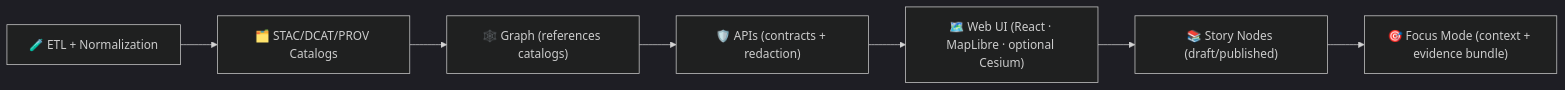
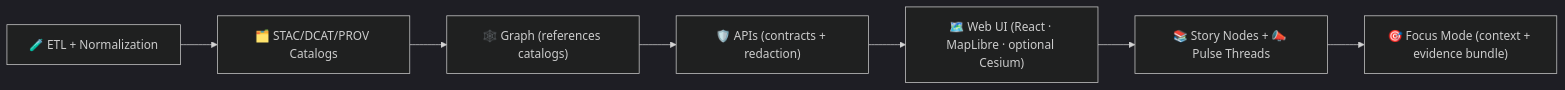
The first of 4 diagrams in pipelines/README.md (bartytime4life/Kansas-Frontier-Matrix), drawn with Mermaid (dark theme) before and after one commit. The commit also changed other lines of this file, not shown here.

````diff
--- a/pipelines/README.md
+++ b/pipelines/README.md
@@ -198,9 +228,9 @@
 ```mermaid
 flowchart LR
   A["🧪 ETL + Normalization"] --> B["🗂️ STAC/DCAT/PROV Catalogs"]
   B --> C["🕸️ Graph (references catalogs)"]
   C --> D["🛡️ APIs (contracts + redaction)"]
   D --> E["🗺️ Web UI (React · MapLibre · optional Cesium)"]
-  E --> F["📚 Story Nodes (draft/published)"]
+  E --> F["📚 Story Nodes + 📣 Pulse Threads"]
   F --> G["🎯 Focus Mode (context + evidence bundle)"]
 ```
````
